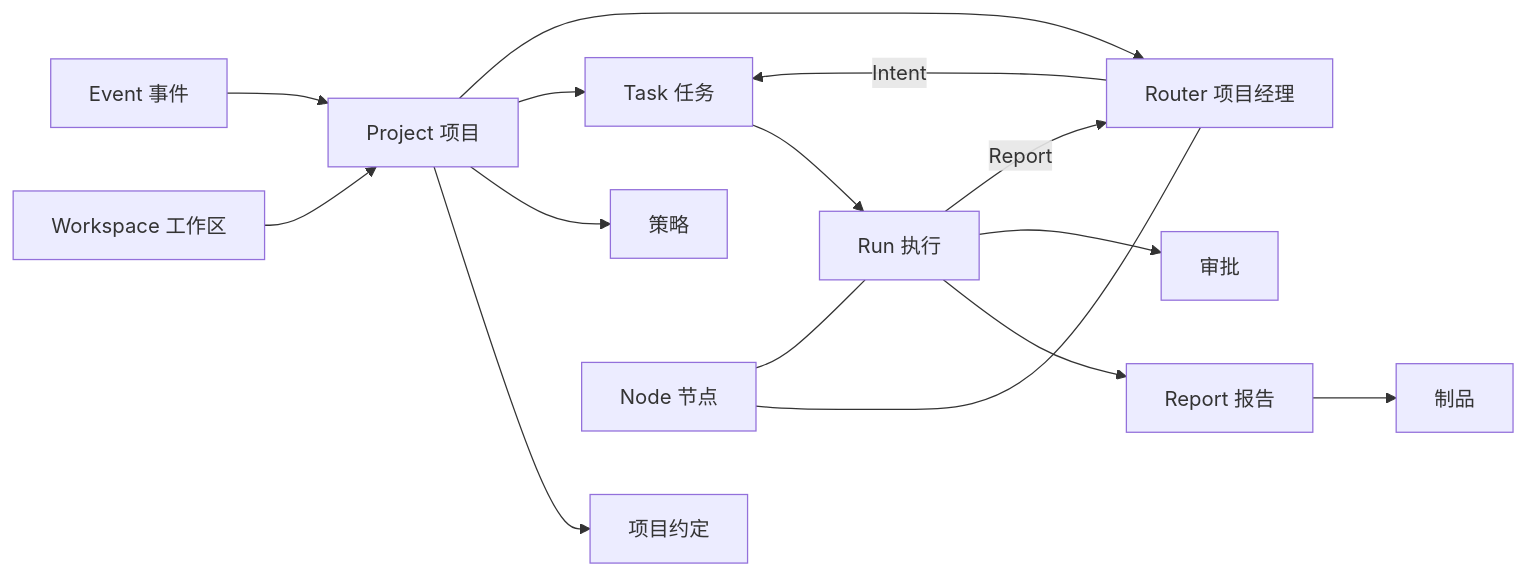
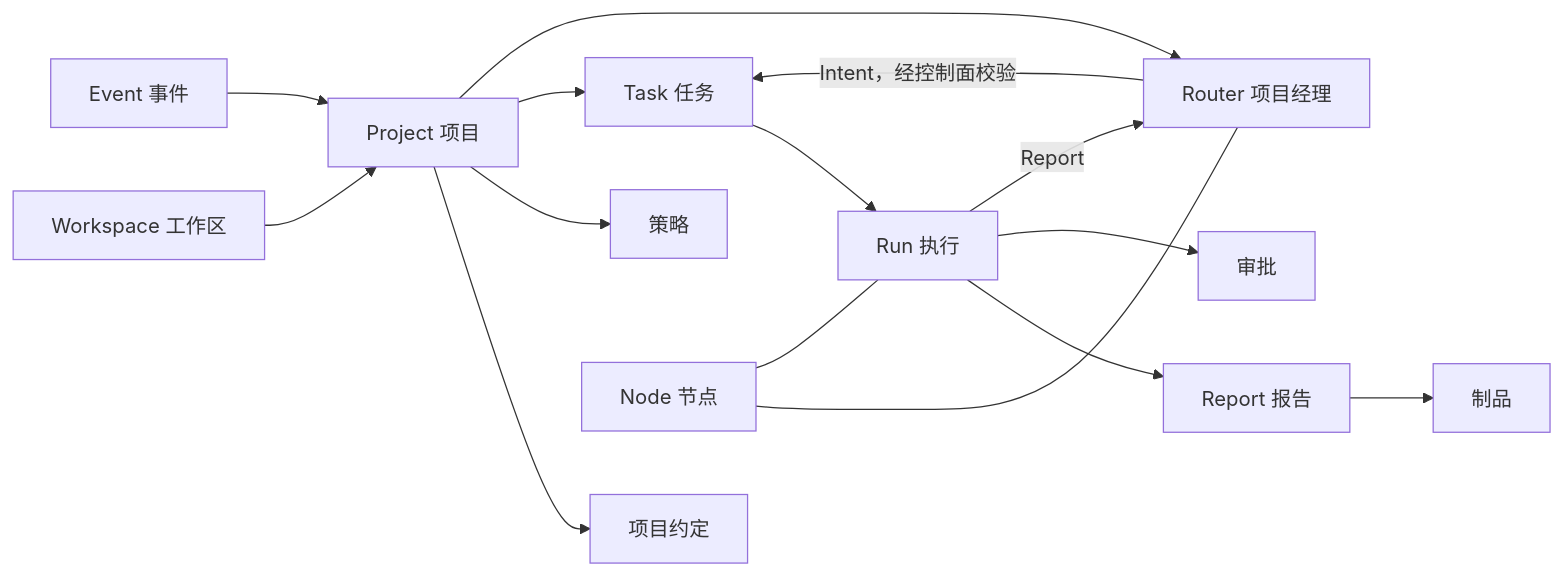
One commit to Cosss7/tina changed the first of 5 diagrams in docs/vision.md. Above: the diagram before and after it, drawn with Mermaid. The commit also changed other lines of this file and 2 other files, not shown here.

````diff
--- a/docs/vision.md
+++ b/docs/vision.md
@@ -256,17 +264,17 @@
 ```mermaid
 flowchart LR
   WS["Workspace 工作区"] --> PJ["Project 项目"]
   PJ --> CF["项目约定"]
   PJ --> PL["策略"]
   PJ --> TK["Task 任务"]
   PJ --> RT["Router 项目经理"]
   TK --> RUN["Run 执行"]
   RUN --> RP["Report 报告"]
   RUN --> AP["审批"]
   RP --> AR["制品"]
-  RT -->|"Intent"| TK
+  RT -->|"Intent，经控制面校验"| TK
   RUN -->|"Report"| RT
   ND["Node 节点"] --- RT
   ND --- RUN
   EV["Event 事件"] --> PJ
 ```
````
